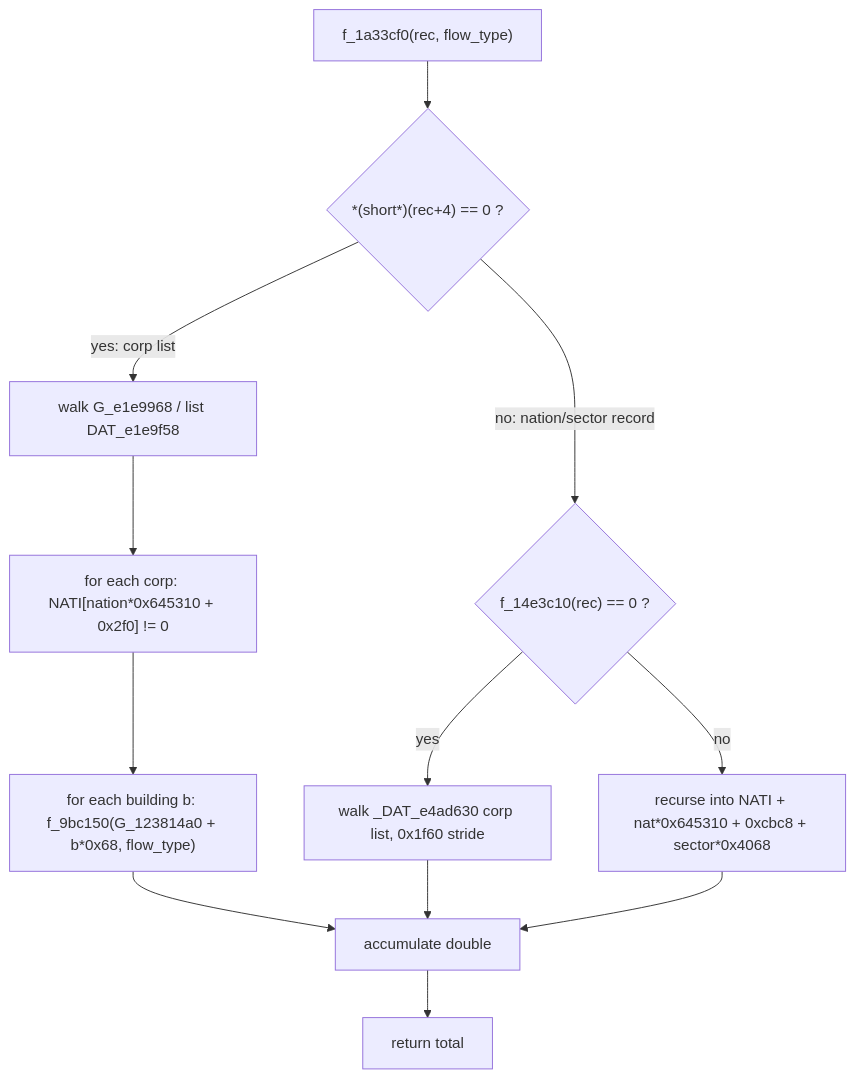
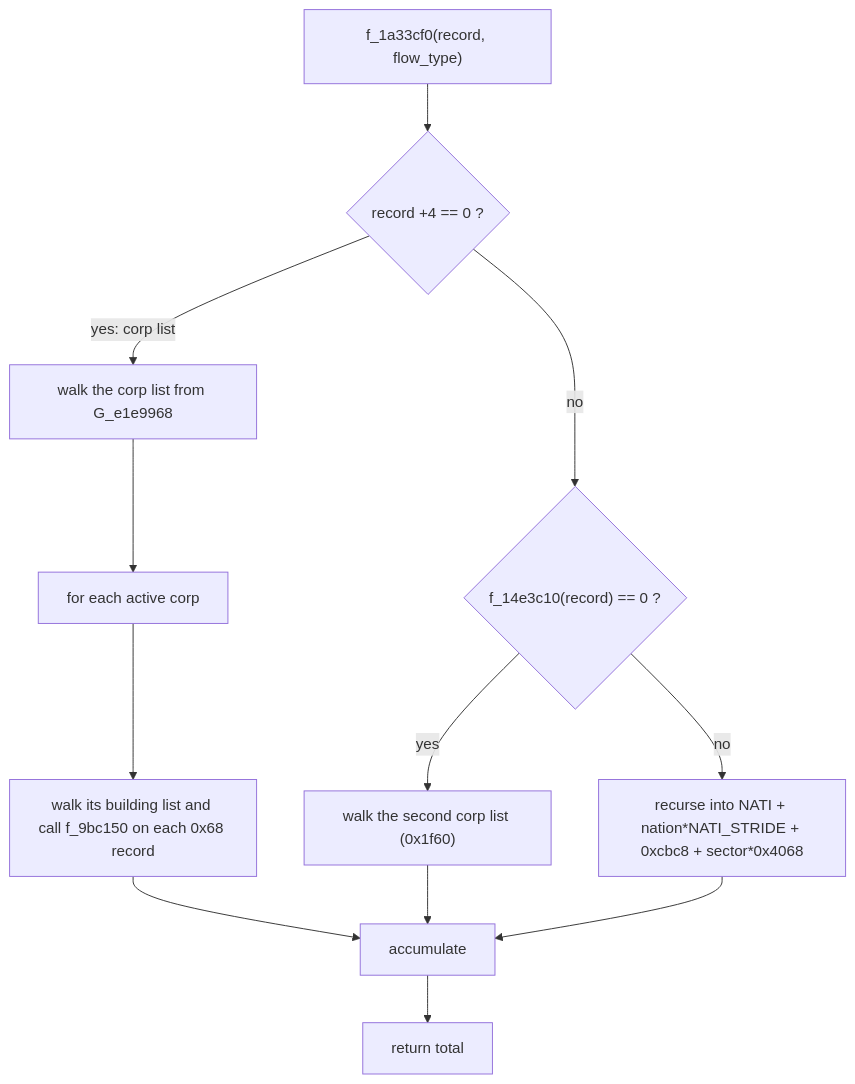
One commit to CthulhuOnIce/GPS-Docs changed the third of 8 diagrams in 02_ECONOMY.md. Above: the diagram before and after it, drawn with Mermaid. The commit also changed other lines of this file and 5 other files, not shown here.

````diff
--- a/02_ECONOMY.md
+++ b/02_ECONOMY.md
@@ -204,14 +211,14 @@
 ```mermaid
 flowchart TD
-    A["f_1a33cf0(rec, flow_type)"] --> Q{"*(short*)(rec+4) == 0 ?"}
-    Q -->|yes: corp list| L1["walk G_e1e9968 / list DAT_e1e9f58"]
-    L1 --> ACT["for each corp: NATI[nation*0x645310 + 0x2f0] != 0"]
-    ACT --> BLD["for each building b: f_9bc150(G_123814a0 + b*0x68, flow_type)"]
-    BLD --> SUM["accumulate double"]
-    Q -->|no: nation/sector record| R{"f_14e3c10(rec) == 0 ?"}
-    R -->|yes| L2["walk _DAT_e4ad630 corp list, 0x1f60 stride"]
-    R -->|no| REC["recurse into NATI + nat*0x645310 + 0xcbc8 + sector*0x4068"]
+    A["f_1a33cf0(record, flow_type)"] --> Q{"record +4 == 0 ?"}
+    Q -->|yes: corp list| L1["walk the corp list from G_e1e9968"]
+    L1 --> ACT["for each active corp"]
+    ACT --> BLD["walk its building list and call f_9bc150 on each 0x68 record"]
+    BLD --> SUM["accumulate"]
+    Q -->|no| R{"f_14e3c10(record) == 0 ?"}
+    R -->|yes| L2["walk the second corp list (0x1f60)"]
+    R -->|no| REC["recurse into NATI + nation*NATI_STRIDE + 0xcbc8 + sector*0x4068"]
     L2 --> SUM
     REC --> SUM
     SUM --> RET["return total"]
 ```
````
